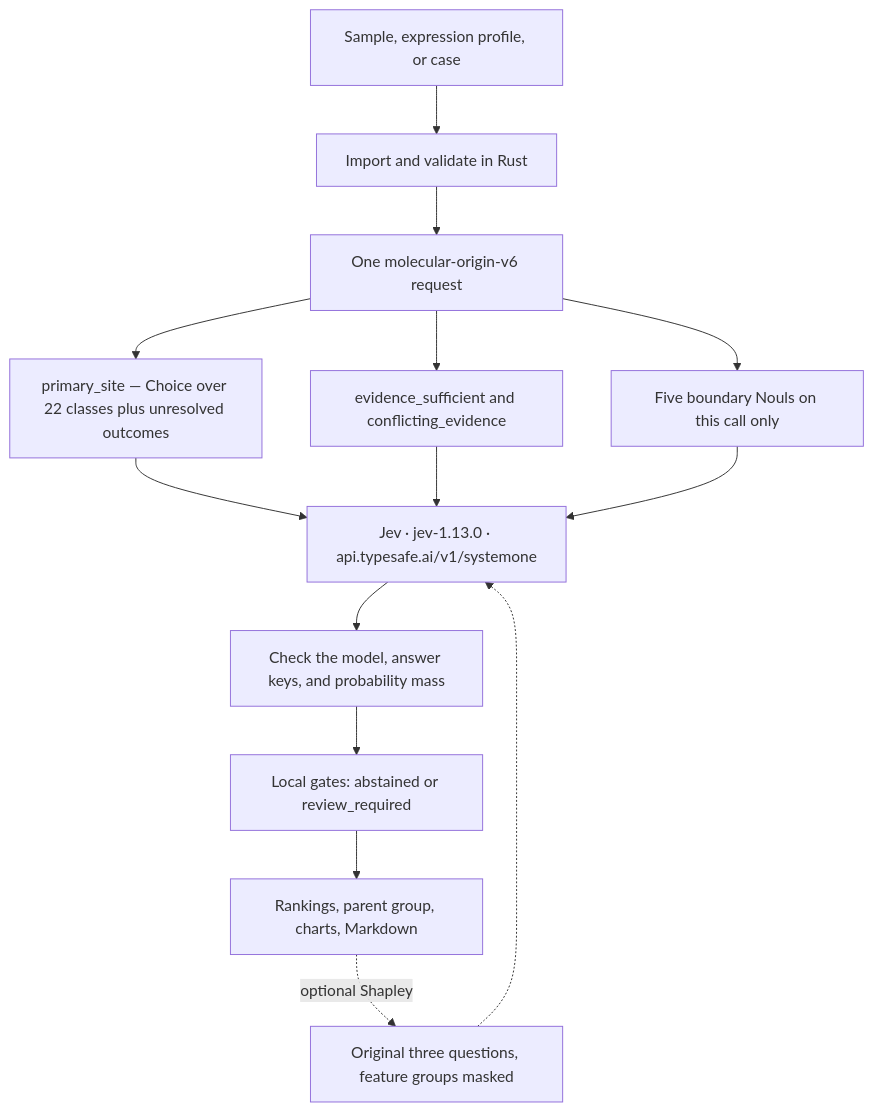
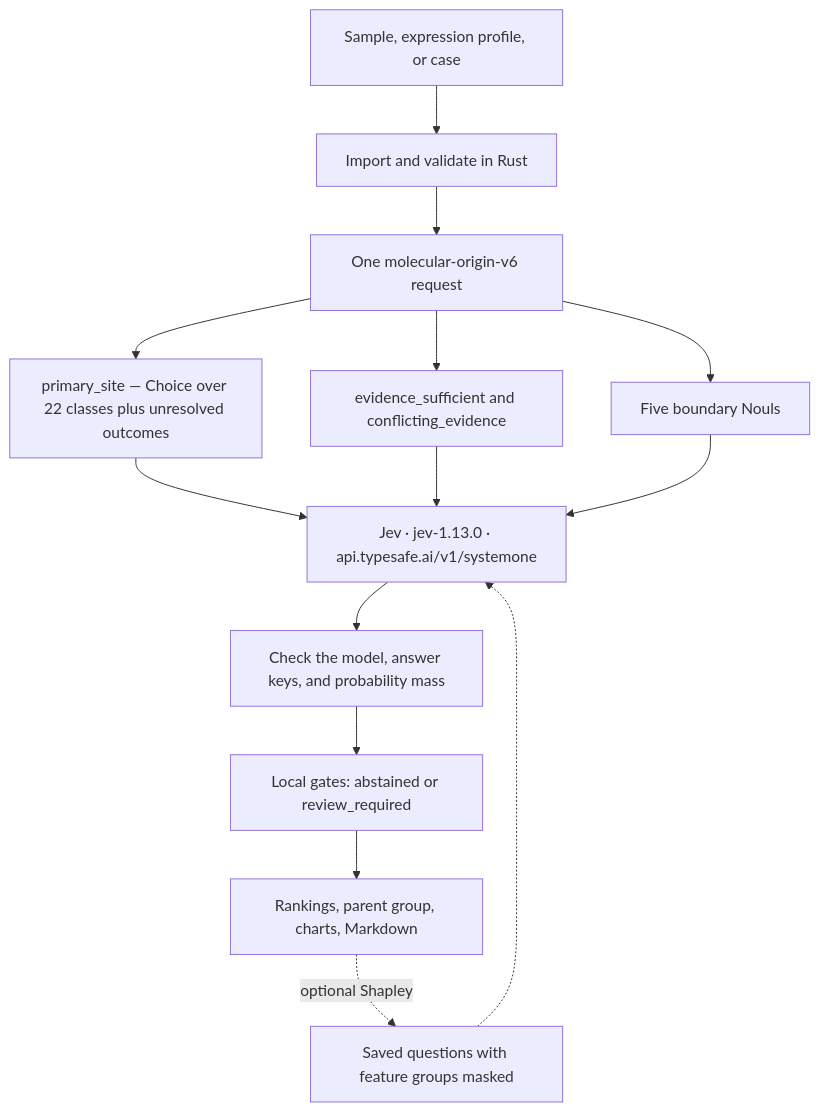
Before and after one commit to SampleBias/Jev_Onco_Statistical_Hierarchy: the diagram in README.md, drawn with Mermaid. The commit also changed other lines of this file and 23 other files, not shown here.

````diff
--- a/README.md
+++ b/README.md
@@ -7,16 +7,16 @@
 ```mermaid
 flowchart TD
   A[Sample, expression profile, or case] --> B[Import and validate in Rust]
   B --> C["One molecular-origin-v6 request"]
   C --> Q1[primary_site — Choice over 22 classes plus unresolved outcomes]
   C --> Q2[evidence_sufficient and conflicting_evidence]
-  C --> Q3[Five boundary Nouls on this call only]
+  C --> Q3[Five boundary Nouls]
   Q1 --> J["Jev · jev-1.13.0 · api.typesafe.ai/v1/systemone"]
   Q2 --> J
   Q3 --> J
   J --> V[Check the model, answer keys, and probability mass]
   V --> G[Local gates: abstained or review_required]
   G --> R[Rankings, parent group, charts, Markdown]
-  R -.->|optional Shapley| M[Original three questions, feature groups masked]
+  R -.->|optional Shapley| M[Saved questions with feature groups masked]
   M -.-> J
 ```
````
